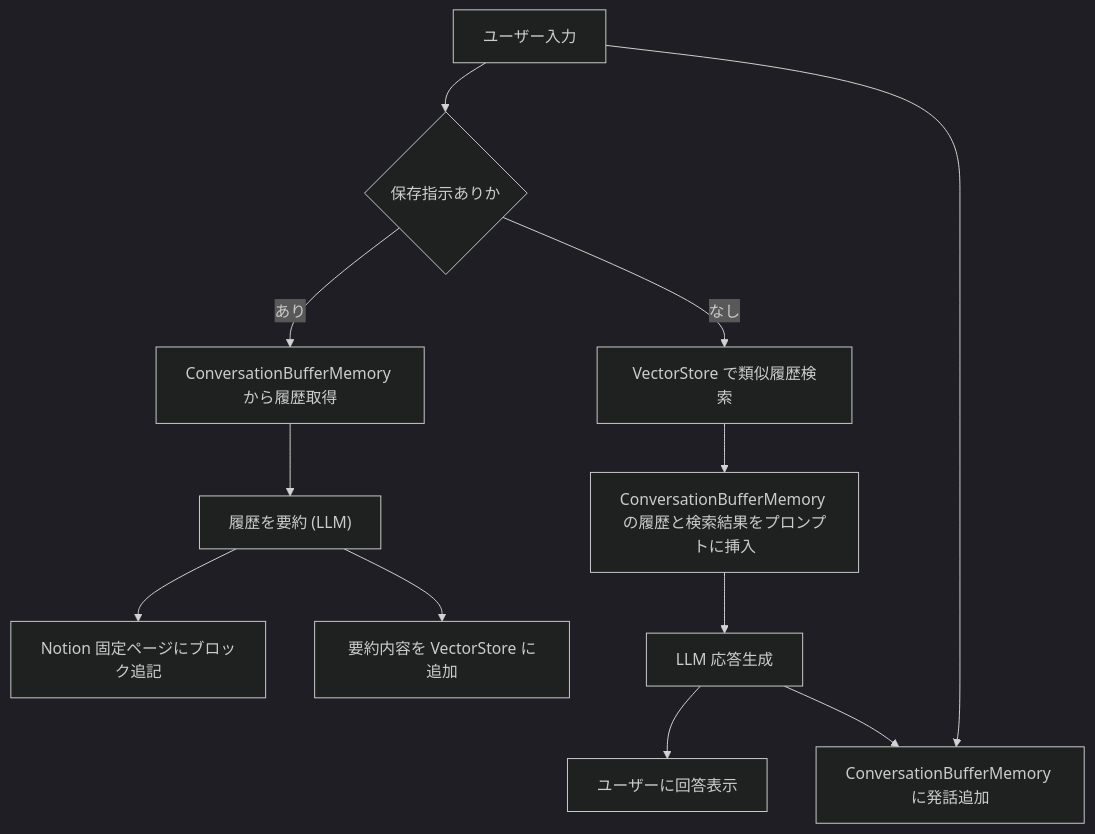
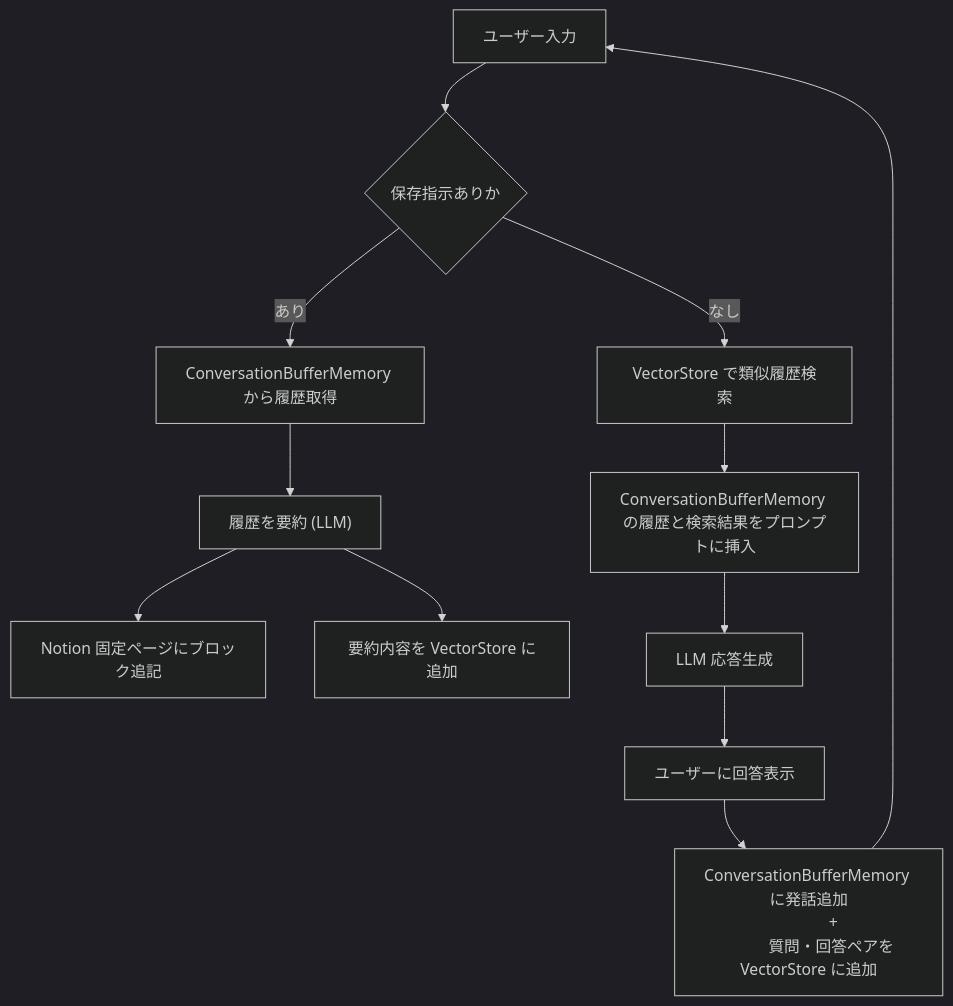
One commit to tisacra/LangChain_Notion_agent changed the diagram in README.md. Above: the diagram before and after it, drawn with Mermaid (dark theme). The commit also changed 4 other files, not shown here.

````diff
--- a/README.md
+++ b/README.md
@@ -6,14 +6,16 @@
 ```mermaid
 graph TD
     A[ユーザー入力] --> B{保存指示ありか}
     B -->|あり| C[ConversationBufferMemory から履歴取得]
     C --> D[履歴を要約 #40;LLM#41;]
     D --> E[Notion 固定ページにブロック追記]
     D --> F[要約内容を VectorStore に追加]
     B -->|なし| G[VectorStore で類似履歴検索]
     G --> H[ConversationBufferMemory の履歴と検索結果をプロンプトに挿入]
     H --> I[LLM 応答生成]
     I --> J[ユーザーに回答表示]
-    A --> K[ConversationBufferMemory に発話追加]
-    I --> K
+    J --> K[ConversationBufferMemory に発話追加
+            +
+            質問・回答ペアを VectorStore に追加]
+    K --> A
 ```
````
